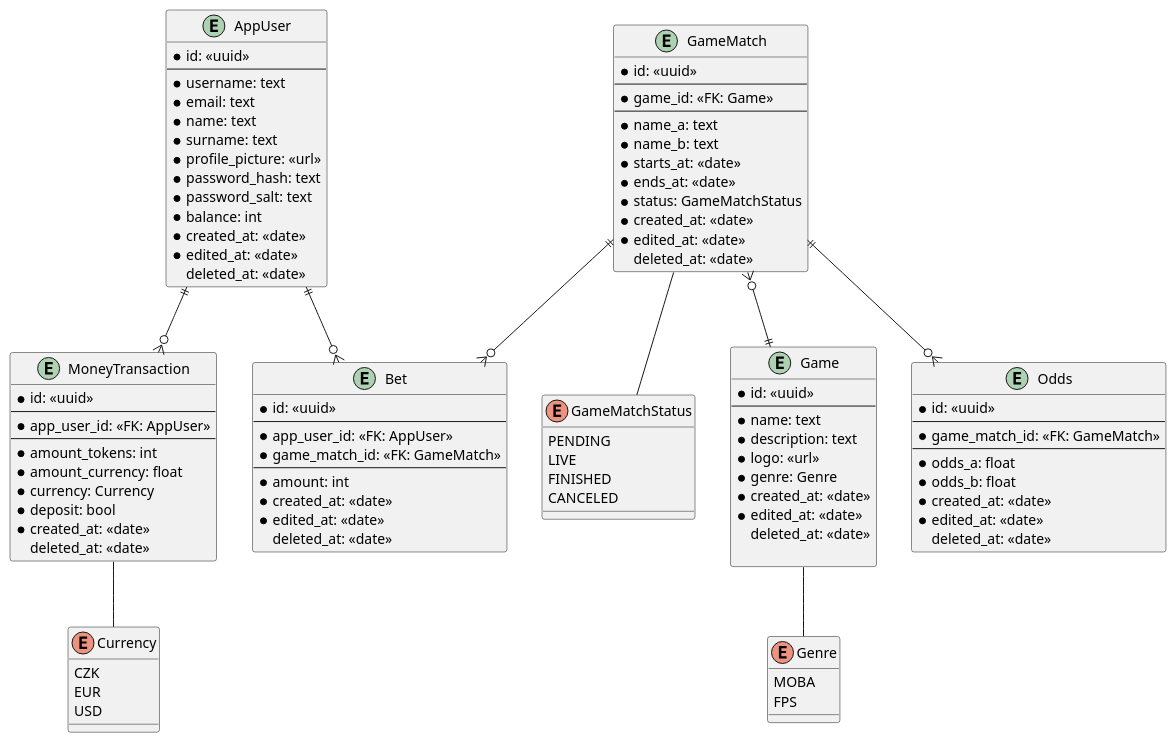
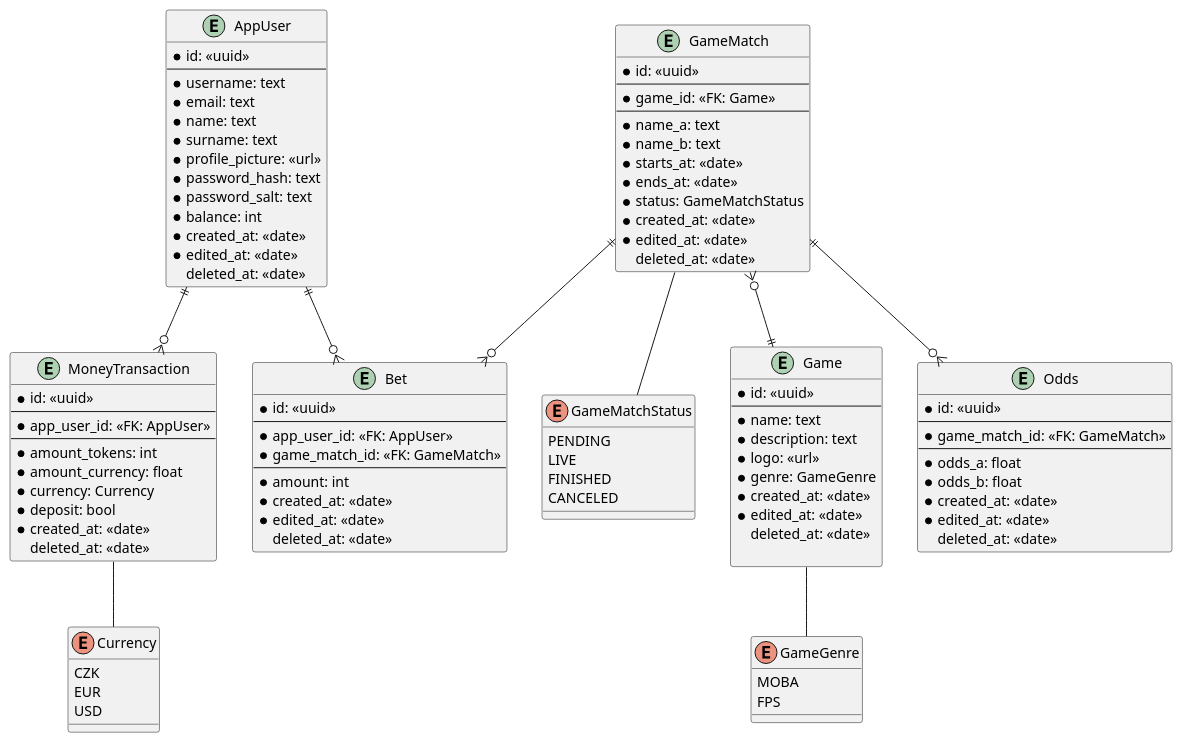
One commit to Average-Rust-Enjoyers/Starbet-Live changed the diagram in docs/starbet.puml. Above: the diagram before and after it, drawn with PlantUML.

Commit message:
docs: change enum Genre to GameGenre to reflect the actual name in DB

```diff
--- a/docs/starbet.puml
+++ b/docs/starbet.puml
@@ -1,113 +1,113 @@
 @startuml starbet-live
 
 entity AppUser {
     * id: <<uuid>>
     ---
     * username: text
     * email: text
     * name: text
     * surname: text
     * profile_picture: <<url>>
     * password_hash: text
     * password_salt: text
     * balance: int
     * created_at: <<date>>
     * edited_at: <<date>>
     deleted_at: <<date>>
 }
 
 entity GameMatch {
     * id: <<uuid>>
     ---
     * game_id: <<FK: Game>>
     ---
     * name_a: text
     * name_b: text
     * starts_at: <<date>>
     * ends_at: <<date>>
     * status: GameMatchStatus
     * created_at: <<date>>
     * edited_at: <<date>>
     deleted_at: <<date>>
 }
 
 enum GameMatchStatus {
     PENDING
     LIVE
     FINISHED
     CANCELED
 }
 
 entity Game {
     * id: <<uuid>>
     ---
     ' not yet defined
     ' * type: GameType
     * name: text
     * description: text
     * logo: <<url>>
-    * genre: Genre
+    * genre: GameGenre
     * created_at: <<date>>
     * edited_at: <<date>>
     deleted_at: <<date>>
 
 }
 
 entity Bet {
     * id: <<uuid>>
     ---
     * app_user_id: <<FK: AppUser>>
     * game_match_id: <<FK: GameMatch>>
     ---
     * amount: int
     * created_at: <<date>>
     * edited_at: <<date>>
     deleted_at: <<date>>
 }
 
 entity Odds {
     * id: <<uuid>>
     ---
     * game_match_id: <<FK: GameMatch>>
     ---
     * odds_a: float
     * odds_b: float
     * created_at: <<date>>
     * edited_at: <<date>>
     deleted_at: <<date>>
 }
 
 entity MoneyTransaction {
     * id: <<uuid>>
     ---
     * app_user_id: <<FK: AppUser>>
     ---
     * amount_tokens: int
     * amount_currency: float
     * currency: Currency
     * deposit: bool
     * created_at: <<date>>
     deleted_at: <<date>>
 }
 
 enum Currency {
     CZK
     EUR
     USD
 }
 
-enum Genre {
+enum GameGenre {
     MOBA
     FPS
 }
 
 GameMatch }o--|| Game
 GameMatch ||--o{ Bet
 GameMatch ||--o{ Odds
 AppUser ||--o{ Bet
 AppUser ||--o{ MoneyTransaction
 GameMatch -- GameMatchStatus
-Game -- Genre
+Game -- GameGenre
 MoneyTransaction -- Currency
 
 @enduml
```
